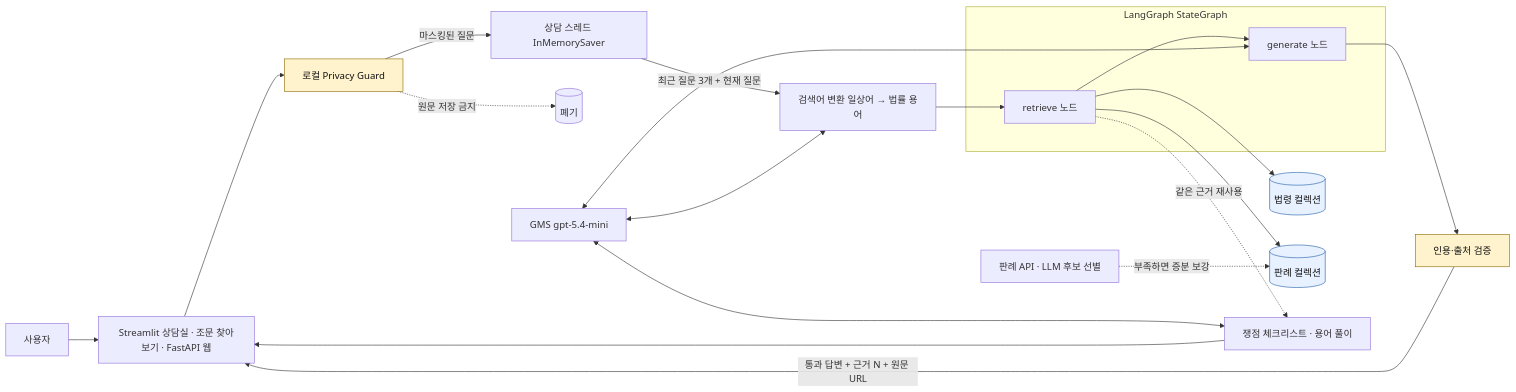
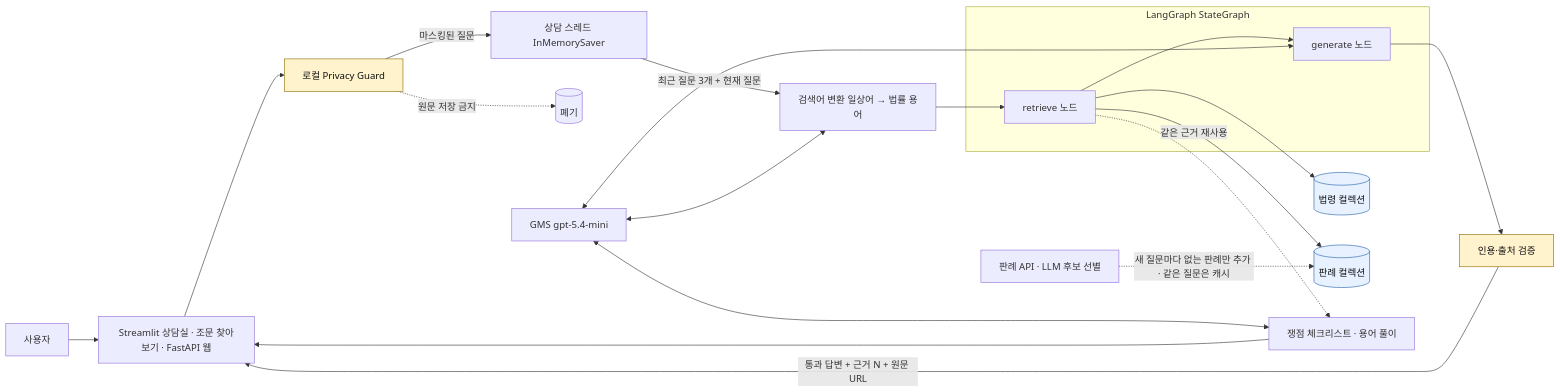
One commit to Jkim1647/ssafy16-safelaw-rag changed the first of 3 diagrams in docs/architecture.md. Above: the diagram before and after it, drawn with Mermaid. The commit also changed other lines of this file and 6 other files, not shown here.

````diff
--- a/docs/architecture.md
+++ b/docs/architecture.md
@@ -15,30 +15,30 @@
 ```mermaid
 flowchart LR
     U[사용자] --> UI[Streamlit 상담실 · 조문 찾아보기 · FastAPI 웹]
     UI --> PG[로컬 Privacy Guard]
     PG -->|마스킹된 질문| TH[상담 스레드 InMemorySaver]
     PG -.->|원문 저장 금지| DROP[(폐기)]
     TH -->|최근 질문 3개 + 현재 질문| QE[검색어 변환 일상어 → 법률 용어]
 
     subgraph LG[LangGraph StateGraph]
         R[retrieve 노드] --> G[generate 노드]
     end
 
     QE --> R
     R --> SV[(법령 컬렉션)]
     R --> CV[(판례 컬렉션)]
-    ENR[판례 API · LLM 후보 선별] -.->|부족하면 증분 보강| CV
+    ENR[판례 API · LLM 후보 선별] -.->|새 질문마다 없는 판례만 추가 · 같은 질문은 캐시| CV
     G --> VERIFY[인용·출처 검증]
     VERIFY -->|통과 답변 + 근거 N + 원문 URL| UI
     R -.->|같은 근거 재사용| CK[쟁점 체크리스트 · 용어 풀이]
     CK --> UI
 
     LLM[GMS gpt-5.4-mini] <--> QE
     LLM <--> G
     LLM <--> CK
 
     classDef security fill:#fff3cd,stroke:#8a6d00,color:#111;
     classDef store fill:#e7f1ff,stroke:#225ea8,color:#111;
     class PG,VERIFY security;
     class SV,CV store;
 ```
````
